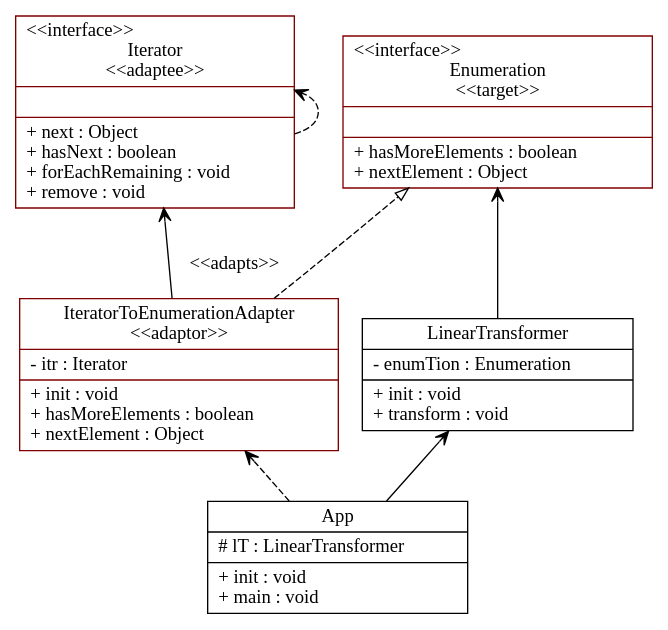
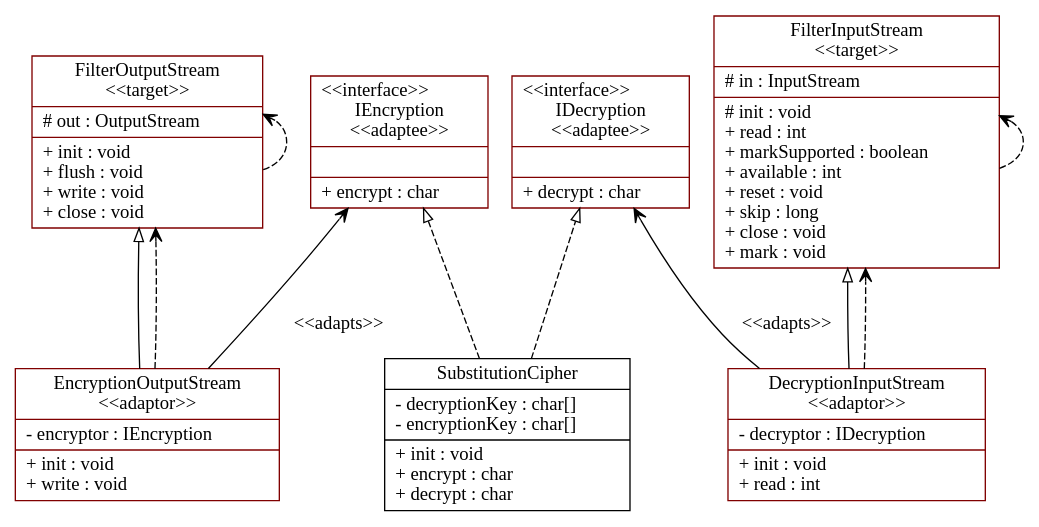
Before and after one commit to cbudo/UMLCreator: the diagram in graph_text/generated_graph.gv, drawn with Graphviz. The commit also changed 16 other files, not shown here.

```diff
--- a/graph_text/generated_graph.gv
+++ b/graph_text/generated_graph.gv
@@ -1,50 +1,75 @@
 digraph UML_Diagram
 {
 rankdir=BT;
 
-IteratorToEnumerationAdapter [
+EncryptionOutputStream [
 shape = "record", color="maroon", fillcolor=white, style=filled,
-label = "{IteratorToEnumerationAdapter\n\<\<adaptor\>\>\n|
-- itr : Iterator\l
+label = "{EncryptionOutputStream\n\<\<adaptor\>\>\n|
+- encryptor : IEncryption\l
 |+ init : void\l
-+ hasMoreElements : boolean\l
-+ nextElement : Object\l
++ write : void\l
 }"];
-IteratorToEnumerationAdapter -> Enumeration [arrowhead="onormal", style="dashed"];
+EncryptionOutputStream -> FilterOutputStream [arrowhead="onormal", style="solid"];
 
-App [
-shape = "record", color="black", fillcolor=white, style=filled,
-label = "{App\n|
-# lT : LinearTransformer\l
-|+ init : void\l
-+ main : void\l
+FilterInputStream [
+shape = "record", color="maroon", fillcolor=white, style=filled,
+label = "{FilterInputStream\n\<\<target\>\>\n|
+# in : InputStream\l
+|# init : void\l
++ read : int\l
++ markSupported : boolean\l
++ available : int\l
++ reset : void\l
++ skip : long\l
++ close : void\l
++ mark : void\l
 }"];
 
-LinearTransformer [
-shape = "record", color="black", fillcolor=white, style=filled,
-label = "{LinearTransformer\n|
-- enumTion : Enumeration\l
+DecryptionInputStream [
+shape = "record", color="maroon", fillcolor=white, style=filled,
+label = "{DecryptionInputStream\n\<\<adaptor\>\>\n|
+- decryptor : IDecryption\l
 |+ init : void\l
-+ transform : void\l
++ read : int\l
+}"];
+DecryptionInputStream -> FilterInputStream [arrowhead="onormal", style="solid"];
+
+FilterOutputStream [
+shape = "record", color="maroon", fillcolor=white, style=filled,
+label = "{FilterOutputStream\n\<\<target\>\>\n|
+# out : OutputStream\l
+|+ init : void\l
++ flush : void\l
++ write : void\l
++ close : void\l
 }"];
 
-Iterator [
+SubstitutionCipher [
+shape = "record", color="black", fillcolor=white, style=filled,
+label = "{SubstitutionCipher\n|
+- decryptionKey : char[]\l
+- encryptionKey : char[]\l
+|+ init : void\l
++ encrypt : char\l
++ decrypt : char\l
+}"];
+SubstitutionCipher -> IEncryption [arrowhead="onormal", style="dashed"];
+SubstitutionCipher -> IDecryption [arrowhead="onormal", style="dashed"];
+
+IEncryption [
 shape = "record", color="maroon", fillcolor=white, style=filled,
-label = "{\<\<interface\>\>\lIterator\n\<\<adaptee\>\>\n||+ next : Object\l
-+ hasNext : boolean\l
-+ forEachRemaining : void\l
-+ remove : void\l
+label = "{\<\<interface\>\>\lIEncryption\n\<\<adaptee\>\>\n||+ encrypt : char\l
 }"];
 
-Enumeration [
+IDecryption [
 shape = "record", color="maroon", fillcolor=white, style=filled,
-label = "{\<\<interface\>\>\lEnumeration\n\<\<target\>\>\n||+ hasMoreElements : boolean\l
-+ nextElement : Object\l
+label = "{\<\<interface\>\>\lIDecryption\n\<\<adaptee\>\>\n||+ decrypt : char\l
 }"];
-App -> IteratorToEnumerationAdapter [label = "", arrowhead="vee", style="dashed"];
-Iterator -> Iterator [label = "", arrowhead="vee", style="dashed"];
-App -> LinearTransformer [label = "",arrowhead="vee", style="solid"];
-LinearTransformer -> Enumeration [label = "",arrowhead="vee", style="solid"];
-IteratorToEnumerationAdapter -> Iterator [label = "\n\<\<adapts\>\>",arrowhead="vee", style="solid"];
+DecryptionInputStream -> FilterInputStream [label = "", arrowhead="vee", style="dashed"];
+EncryptionOutputStream -> FilterOutputStream [label = "", arrowhead="vee", style="dashed"];
+FilterOutputStream -> FilterOutputStream [label = "", arrowhead="vee", style="dashed"];
+FilterInputStream -> FilterInputStream [label = "", arrowhead="vee", style="dashed"];
+EncryptionOutputStream -> IEncryption [label = "\n\<\<adapts\>\>",arrowhead="vee", style="solid"];
+DecryptionInputStream -> IDecryption [label = "\n\<\<adapts\>\>",arrowhead="vee", style="solid"];
 
 }
```
